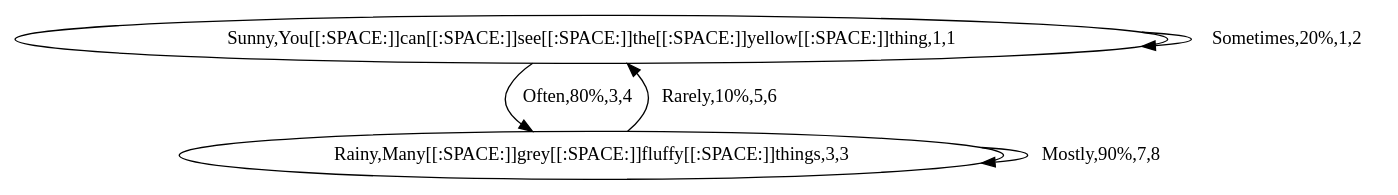
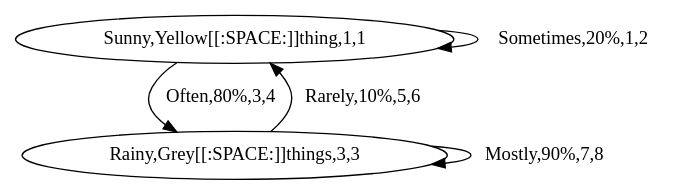
The diagram in BoostGraphTutorial/create_custom_edges_and_vertices_markov_chain.dot (richelbilderbeek/boost_graph_cookbook_1), drawn with Graphviz before and after one commit. The commit also changed 56 other files, not shown here.

Commit message:
Added Graphviz encode and decode, also in tutorial

```diff
--- a/BoostGraphTutorial/create_custom_edges_and_vertices_markov_chain.dot
+++ b/BoostGraphTutorial/create_custom_edges_and_vertices_markov_chain.dot
@@ -1,8 +1,8 @@
 digraph G {
-0[label="Sunny,You[[:SPACE:]]can[[:SPACE:]]see[[:SPACE:]]the[[:SPACE:]]yellow[[:SPACE:]]thing,1,1"];
-1[label="Rainy,Many[[:SPACE:]]grey[[:SPACE:]]fluffy[[:SPACE:]]things,3,3"];
+0[label="Sunny,Yellow[[:SPACE:]]thing,1,1"];
+1[label="Rainy,Grey[[:SPACE:]]things,3,3"];
 0->0 [label="Sometimes,20%,1,2"];
 0->1 [label="Often,80%,3,4"];
 1->0 [label="Rarely,10%,5,6"];
 1->1 [label="Mostly,90%,7,8"];
 }
```
